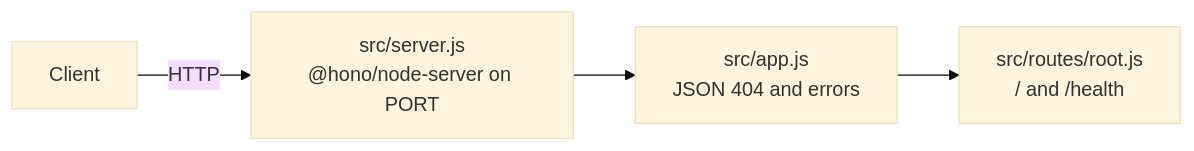
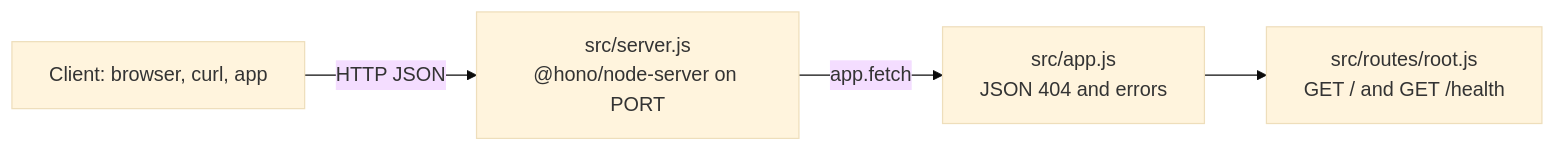
The diagram in starters/starter-hono/README.md (light-cloud-com/templates), drawn with Mermaid (base theme) before and after one commit. The commit also changed other lines of this file and 2 other files, not shown here.

First line of the commit message:
README: Hono REST API starter for Node.js landing page

````diff
--- a/starters/starter-hono/README.md
+++ b/starters/starter-hono/README.md
@@ -30,6 +99,6 @@
 ```mermaid
 flowchart LR
-    client["Client"] -->|HTTP| server["src/server.js<br/>@hono/node-server on PORT"]
-    server --> app["src/app.js<br/>JSON 404 and errors"]
-    app --> routes["src/routes/root.js<br/>/ and /health"]
+    client["Client: browser, curl, app"] -->|HTTP JSON| server["src/server.js<br/>@hono/node-server on PORT"]
+    server -->|"app.fetch"| app["src/app.js<br/>JSON 404 and errors"]
+    app --> routes["src/routes/root.js<br/>GET / and GET /health"]
 ```
````
